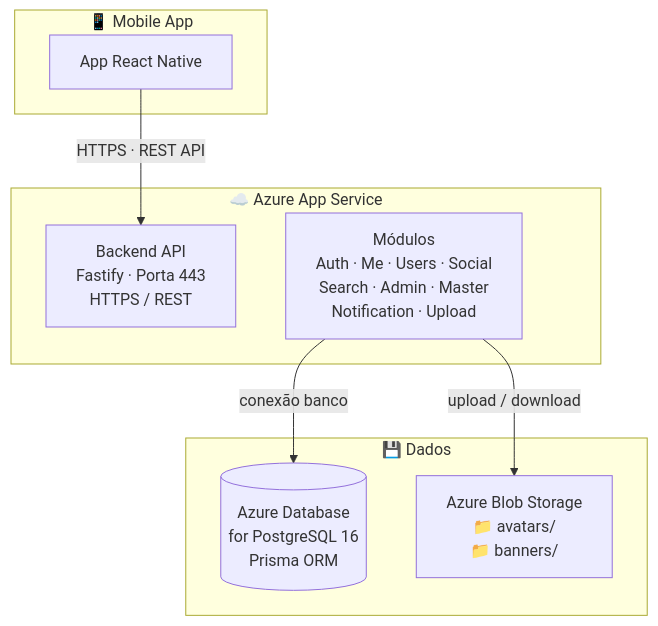
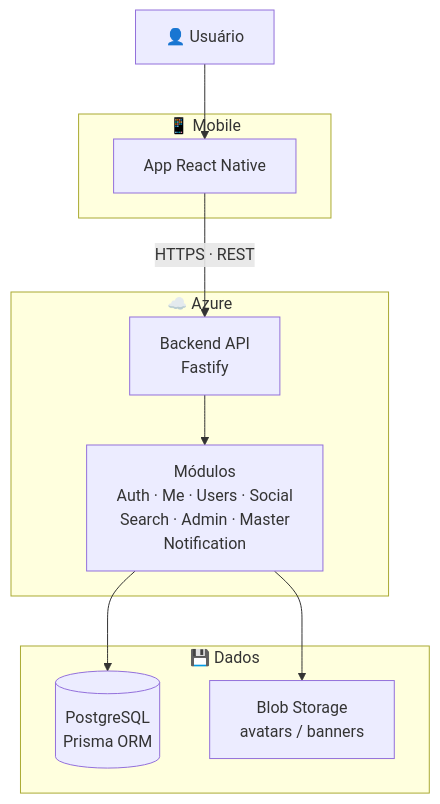
The diagram in backend/README.md (APP-Nexo/Nexo), drawn with Mermaid before and after one commit. The commit also changed other lines of this file, not shown here.

Commit message:
(updated) readme

````diff
--- a/backend/README.md
+++ b/backend/README.md
@@ -36,20 +36,24 @@
 ```mermaid
 graph TB
-    subgraph "📱 Mobile App"
+    USR["👤 Usuário"]
+
+    subgraph "📱 Mobile"
         APP["App React Native"]
     end
 
-    subgraph "☁️ Azure App Service"
-        API["Backend API<br>Fastify · Porta 443<br>HTTPS / REST"]
-        MOD["Módulos<br>Auth · Me · Users · Social<br>Search · Admin · Master<br>Notification · Upload"]
+    subgraph "☁️ Azure"
+        API["Backend API<br>Fastify"]
+        MOD["Módulos<br>Auth · Me · Users · Social<br>Search · Admin · Master<br>Notification"]
     end
 
     subgraph "💾 Dados"
-        DB[("Azure Database<br>for PostgreSQL 16<br>Prisma ORM")]
-        ST["Azure Blob Storage<br>📁 avatars/<br>📁 banners/"]
+        DB[("PostgreSQL<br>Prisma ORM")]
+        ST["Blob Storage<br>avatars / banners"]
     end
 
-    APP -->|"HTTPS · REST API"| API
-    MOD -->|"conexão banco"| DB
-    MOD -->|"upload / download"| ST
+    USR --> APP
+    APP -->|"HTTPS · REST"| API
+    API --> MOD
+    MOD --> DB
+    MOD --> ST
 ```
````
